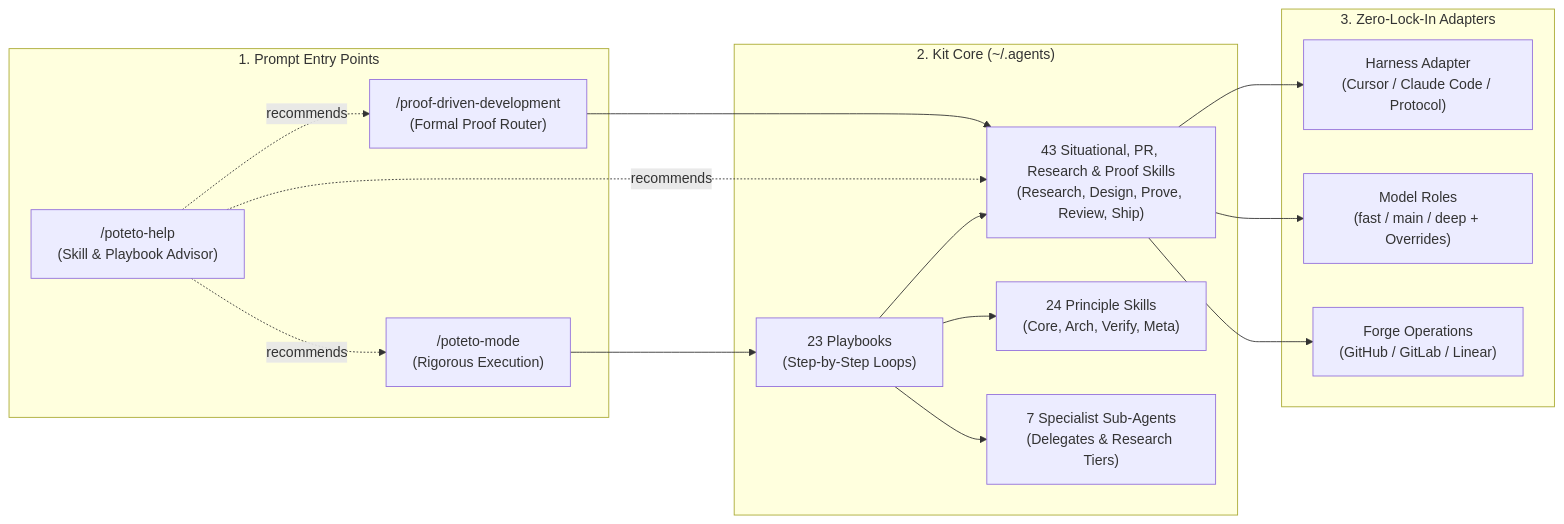
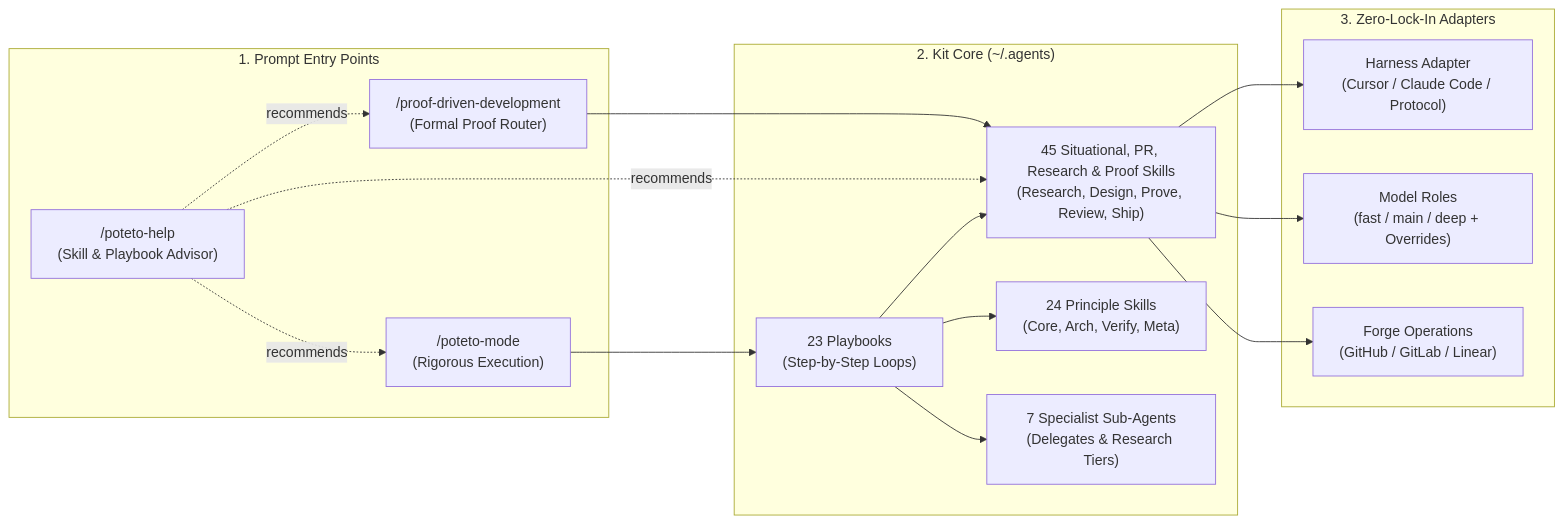
The first of 3 diagrams in README.md (PhillipChaffee/.agents), drawn with Mermaid before and after one commit. The commit also changed other lines of this file and 23 other files, not shown here.

````diff
--- a/README.md
+++ b/README.md
@@ -11,27 +11,27 @@
 ```mermaid
 flowchart LR
     subgraph Input["1. Prompt Entry Points"]
         PM["/poteto-mode<br/>(Rigorous Execution)"]
         PDD["/proof-driven-development<br/>(Formal Proof Router)"]
         PH["/poteto-help<br/>(Skill & Playbook Advisor)"]
     end
 
     subgraph Engine["2. Kit Core (~/.agents)"]
         PB["23 Playbooks<br/>(Step-by-Step Loops)"]
-        SK["43 Situational, PR, Research & Proof Skills<br/>(Research, Design, Prove, Review, Ship)"]
+        SK["45 Situational, PR, Research & Proof Skills<br/>(Research, Design, Prove, Review, Ship)"]
         PR["24 Principle Skills<br/>(Core, Arch, Verify, Meta)"]
         AG["7 Specialist Sub-Agents<br/>(Delegates & Research Tiers)"]
     end
 
     subgraph Adapters["3. Zero-Lock-In Adapters"]
         HarnessAdapter["Harness Adapter<br/>(Cursor / Claude Code / Protocol)"]
         ModelRoles["Model Roles<br/>(fast / main / deep + Overrides)"]
         ForgeOps["Forge Operations<br/>(GitHub / GitLab / Linear)"]
     end
 
     PM --> PB
     PDD --> SK
     PH -.->|"recommends"| PM & PDD & SK
     PB --> SK & PR & AG
     SK --> HarnessAdapter & ModelRoles & ForgeOps
 ```
````
